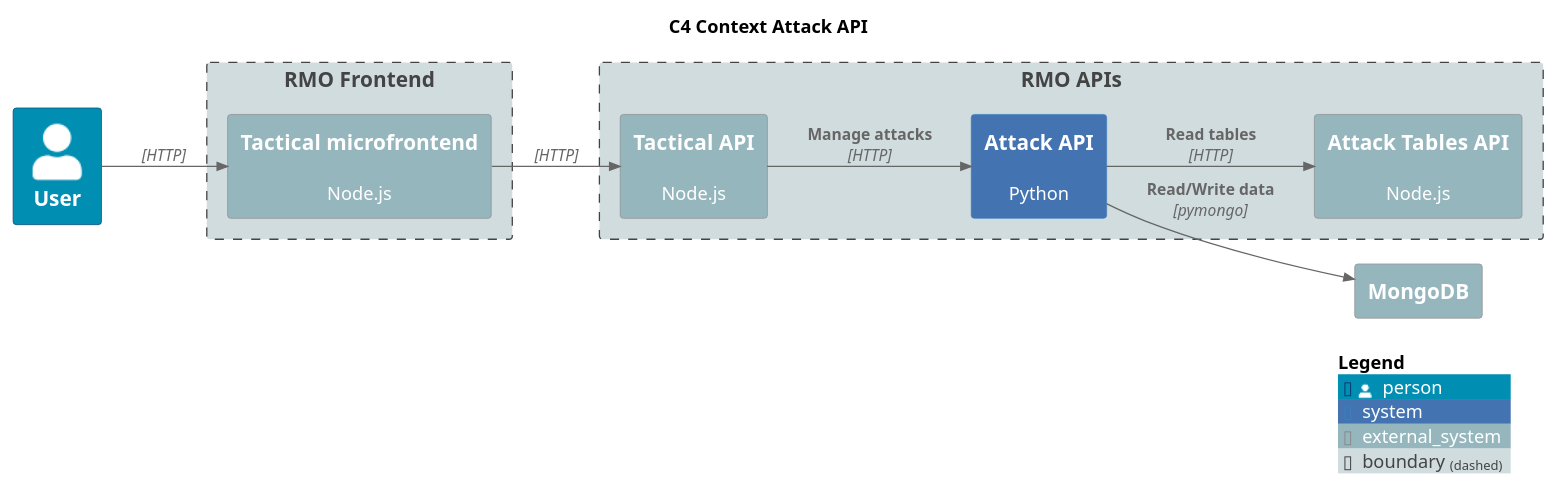
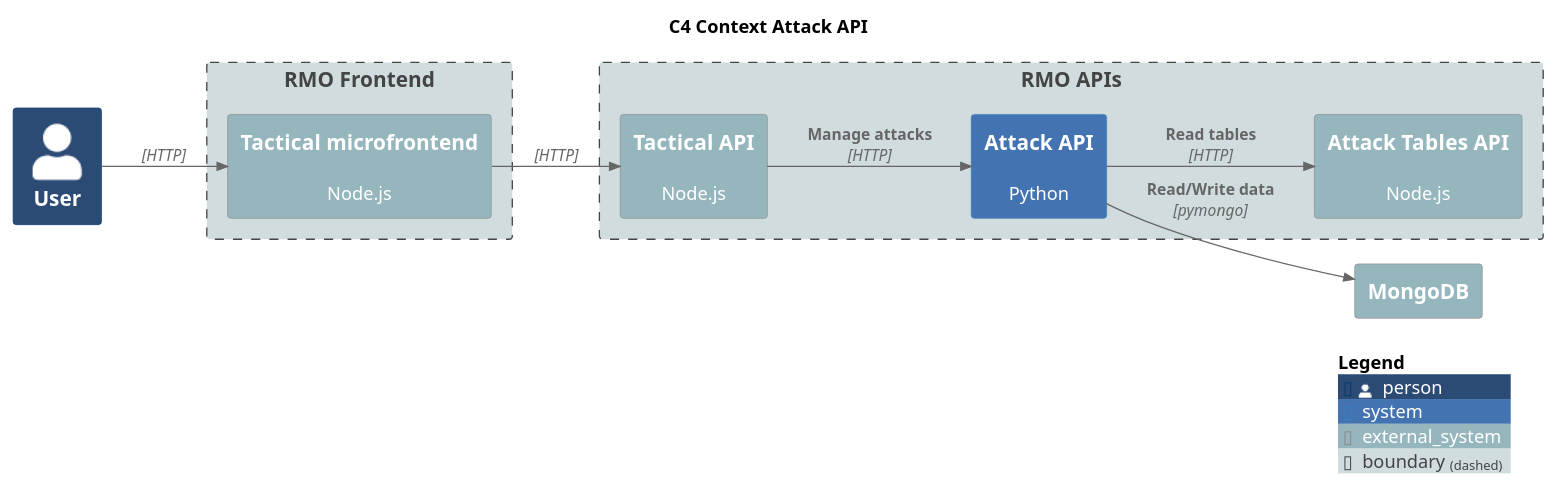
Before and after one commit to labcabrera/rmu-api-attack: the diagram in diagrams/c4-context.plantuml, drawn with PlantUML. The commit also changed 1 other file, not shown here.

Commit message:
Updated diagram.

```diff
--- a/diagrams/c4-context.plantuml
+++ b/diagrams/c4-context.plantuml
@@ -1,38 +1,38 @@
 @startuml C4 Context Attack API
 title C4 Context Attack API
 
 !include https://raw.githubusercontent.com/plantuml-stdlib/C4-PlantUML/master/C4_Context.puml
 
 LAYOUT_LEFT_RIGHT()
 
-UpdateElementStyle(person, $bgColor="#008fb3")
+UpdateElementStyle(person, $bgColor="#2b4a74ff")
 UpdateElementStyle(system, $bgColor="#4373b1ff")
 UpdateElementStyle(external_system, $bgColor="#96b6beff")
 UpdateElementStyle(boundary, $bgColor="#d1dcdfff")
 
 Person(user, "User")
 
 Boundary(frontend, "RMO Frontend") {
     System_Ext(rmu_fe_tactical, "Tactical microfrontend", "Node.js")
 }
 
 Boundary(apis, "RMO APIs") {
     System_Ext(rmu_api_tactical, "Tactical API", "Node.js")
     System(rmu_api_attack, "Attack API", "Python")
     System_Ext(rmu_api_attack_tables, "Attack Tables API", "Node.js")
 }
 
 System_Ext(mongodb, "MongoDB", "")
 
 Rel(user, rmu_fe_tactical, "", "HTTP")
 
 Rel(rmu_fe_tactical, rmu_api_tactical, "", "HTTP")
 Rel(rmu_api_tactical, rmu_api_attack, "Manage attacks", "HTTP")
 Rel(rmu_api_attack, rmu_api_attack_tables, "Read tables", "HTTP")
 
 Rel(rmu_api_attack, mongodb, "Read/Write data", "pymongo")
 
 
 SHOW_LEGEND()
 
 @enduml
```
